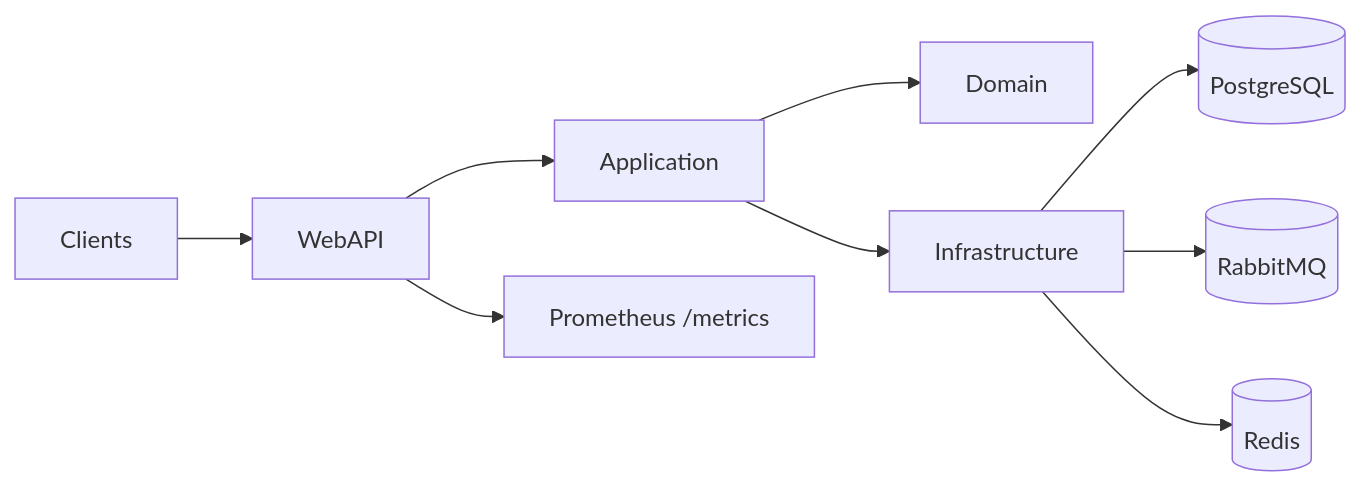
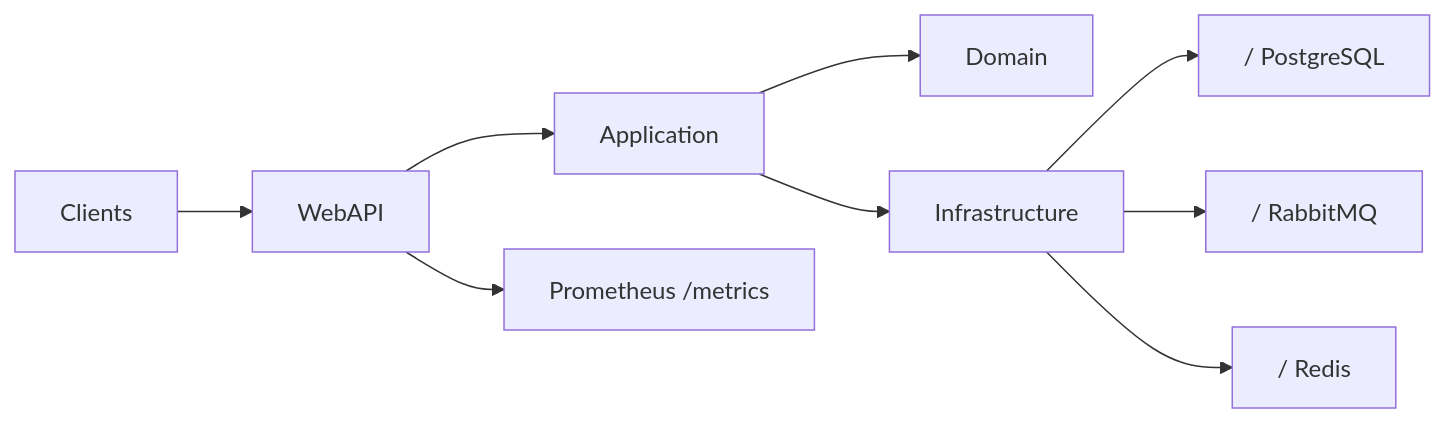
One commit to yasserebrahimi/SubscriptionManagement changed the diagram in docs/Architecture.md. Above: the diagram before and after it, drawn with Mermaid. The commit also changed other lines of this file and 5 other files, not shown here.

Commit message:
docs: initial docs with fixed Mermaid

````diff
--- a/docs/Architecture.md
+++ b/docs/Architecture.md
@@ -12,11 +14,20 @@
 ```mermaid
 flowchart LR
-  UI[Clients] --> API[WebAPI]
-  API --> APP[Application]
-  APP --> DOM[Domain]
-  APP --> INF[Infrastructure]
-  INF --> DB[(PostgreSQL)]
-  INF --> BUS[(RabbitMQ)]
-  INF --> REDIS[(Redis)]
-  API --> METRICS[Prometheus /metrics]
+  UI["Clients"]
+  API["WebAPI"]
+  APP["Application"]
+  DOM["Domain"]
+  INF["Infrastructure"]
+  DB["/ PostgreSQL"]
+  BUS["/ RabbitMQ"]
+  REDIS["/ Redis"]
+  METRICS["Prometheus /metrics"]
+  UI --> API
+  API --> APP
+  APP --> DOM
+  APP --> INF
+  INF --> DB
+  INF --> BUS
+  INF --> REDIS
+  API --> METRICS
 ```
````
